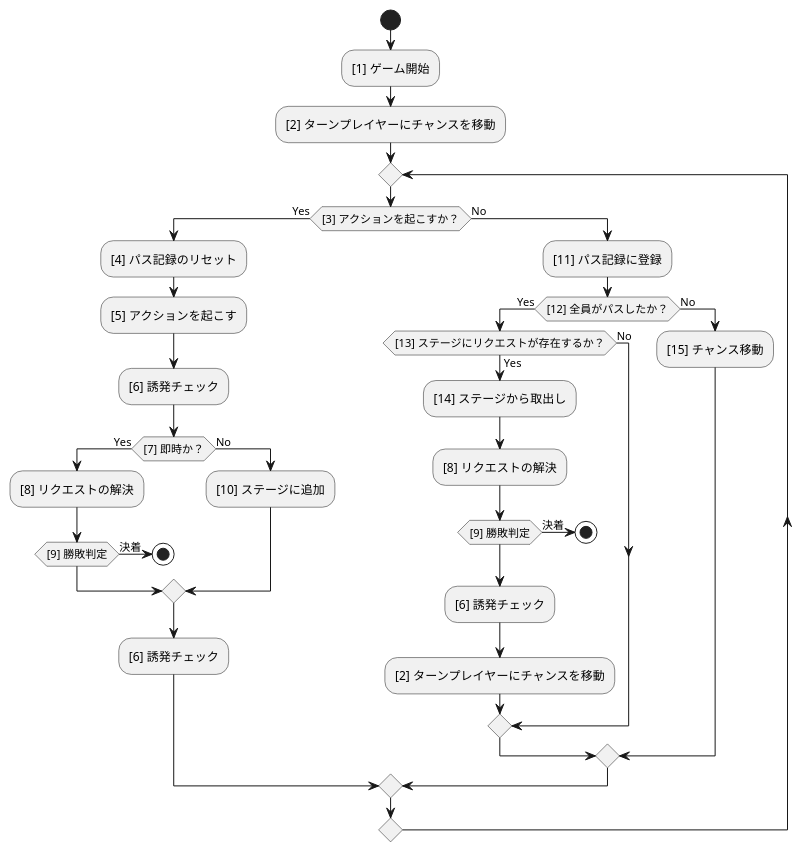
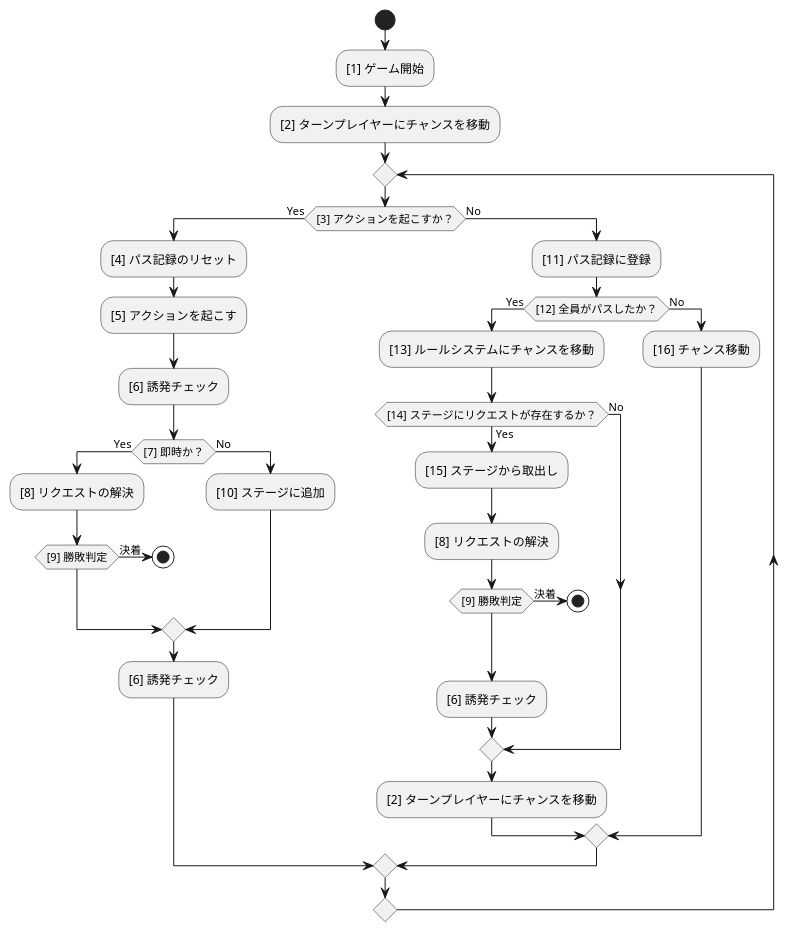
The diagram in source/core/coreflow.puml (BlackPoker/BlackPoker), drawn with PlantUML before and after one commit. The commit also changed 1 other file, not shown here.

```diff
--- a/source/core/coreflow.puml
+++ b/source/core/coreflow.puml
@@ -1,37 +1,38 @@
 @startuml
 start
 :[1] ゲーム開始;
 :[2] ターンプレイヤーにチャンスを移動;
 repeat
 if ([3] アクションを起こすか？) then (Yes)
     :[4] パス記録のリセット;
     :[5] アクションを起こす;
     :[6] 誘発チェック;
     if ([7] 即時か？) then (Yes)
         :[8] リクエストの解決;
         if ([9] 勝敗判定) then (決着)
             stop
         endif
     else (No)
         :[10] ステージに追加;
     endif
     :[6] 誘発チェック;
 else (No)
     :[11] パス記録に登録;
     if ([12] 全員がパスしたか？) then (Yes)
-        if ([13] ステージにリクエストが存在するか？) then (Yes)
-            :[14] ステージから取出し;
+        :[13] ルールシステムにチャンスを移動;
+        if ([14] ステージにリクエストが存在するか？) then (Yes)
+            :[15] ステージから取出し;
             :[8] リクエストの解決;
             if ([9] 勝敗判定) then (決着)
                 stop
             endif
             :[6] 誘発チェック;
-            :[2] ターンプレイヤーにチャンスを移動;
         else (No)
         endif
+        :[2] ターンプレイヤーにチャンスを移動;
     else (No)
-        :[15] チャンス移動;
+        :[16] チャンス移動;
     endif
 endif
 repeat while()
 @enduml
```
